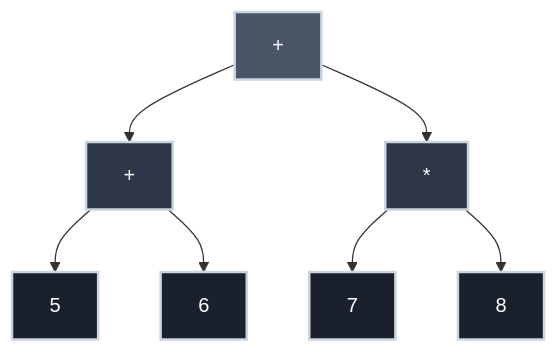
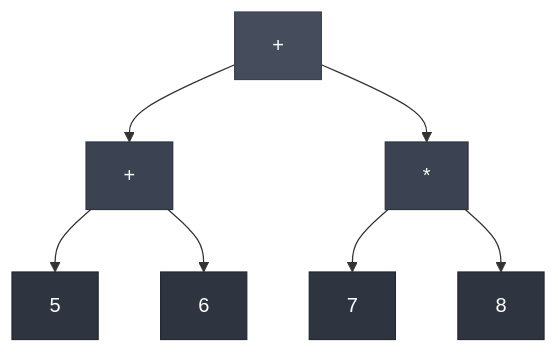
Before and after one commit to bradpenney/exploring_computer_science: the third of 8 diagrams in docs/fundamentals/scheme_and_parse_trees.md, drawn with Mermaid. The commit also changed other lines of this file and 7 other files, not shown here.

````diff
--- a/docs/fundamentals/scheme_and_parse_trees.md
+++ b/docs/fundamentals/scheme_and_parse_trees.md
@@ -185,17 +253,17 @@
-```mermaid
-graph TD
-    RootPlus["+"] --> LeftPlus["+"]
-    RootPlus --> RightTimes["*"]
-    LeftPlus --> Five["5"]
-    LeftPlus --> Six["6"]
-    RightTimes --> Seven["7"]
-    RightTimes --> Eight["8"]
+    ```mermaid
+    graph TD
+        RootPlus["+"] --> LeftPlus["+"]
+        RootPlus --> RightTimes["*"]
+        LeftPlus --> Five["5"]
+        LeftPlus --> Six["6"]
+        RightTimes --> Seven["7"]
+        RightTimes --> Eight["8"]
 
-    style RootPlus fill:#4a5568,stroke:#cbd5e0,stroke-width:2px,color:#fff
-    style LeftPlus fill:#2d3748,stroke:#cbd5e0,stroke-width:2px,color:#fff
-    style RightTimes fill:#2d3748,stroke:#cbd5e0,stroke-width:2px,color:#fff
-    style Five fill:#1a202c,stroke:#cbd5e0,stroke-width:2px,color:#fff
-    style Six fill:#1a202c,stroke:#cbd5e0,stroke-width:2px,color:#fff
-    style Seven fill:#1a202c,stroke:#cbd5e0,stroke-width:2px,color:#fff
-    style Eight fill:#1a202c,stroke:#cbd5e0,stroke-width:2px,color:#fff
-```
+        style RootPlus fill:#454d5d,stroke:#3b4252,color:#fff
+        style LeftPlus fill:#3b4252,stroke:#2e3440,color:#fff
+        style RightTimes fill:#3b4252,stroke:#2e3440,color:#fff
+        style Five fill:#2e3440,stroke:#242933,color:#fff
+        style Six fill:#2e3440,stroke:#242933,color:#fff
+        style Seven fill:#2e3440,stroke:#242933,color:#fff
+        style Eight fill:#2e3440,stroke:#242933,color:#fff
+    ```
````
